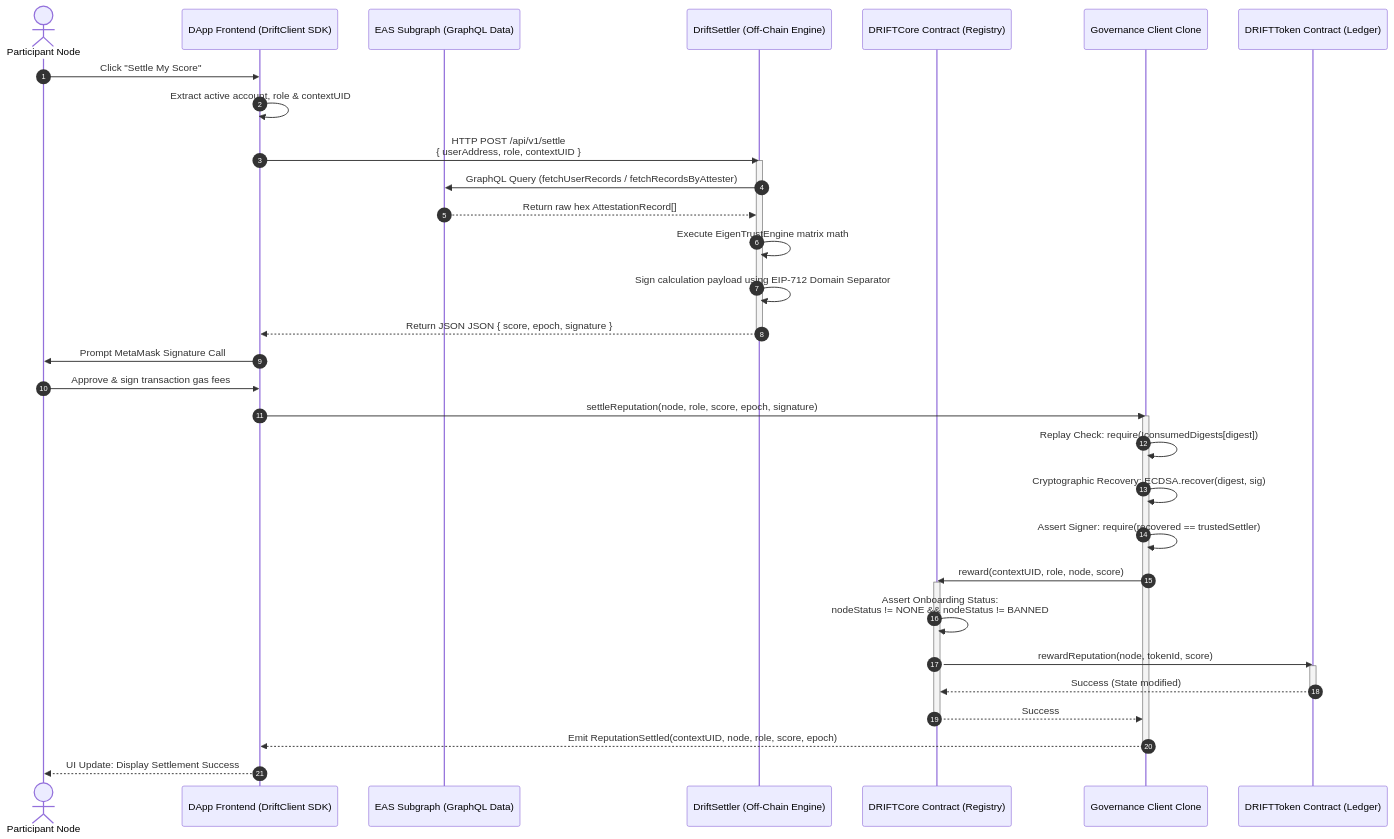
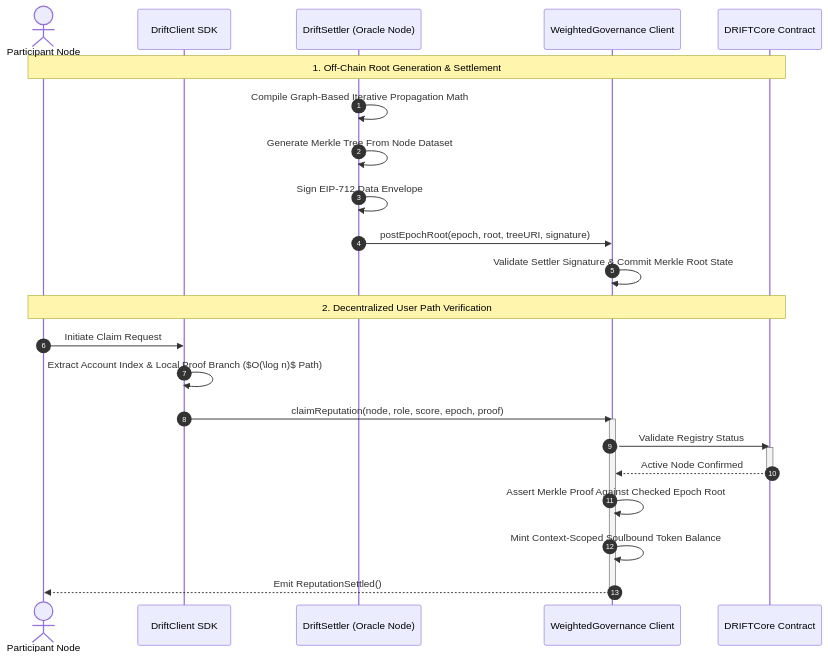
Before and after one commit to Dageus/DRIFT: the diagram in packages/contracts/README.md, drawn with Mermaid. The commit also changed other lines of this file, not shown here.

Commit message:
new contracts README

````diff
--- a/packages/contracts/README.md
+++ b/packages/contracts/README.md
@@ -31,46 +31,32 @@
 ```mermaid
 sequenceDiagram
     autonumber
     actor User as Participant Node
-    participant Front as DApp Frontend (DriftClient SDK)
-    participant EAS as EAS Subgraph (GraphQL Data)
-    participant Settler as DriftSettler (Off-Chain Engine)
-    participant Core as DRIFTCore Contract (Registry)
-    participant Gov as Governance Client Clone
-    participant Token as DRIFTToken Contract (Ledger)
+    participant SDK as DriftClient SDK
+    participant Settler as DriftSettler (Oracle Node)
+    participant Gov as WeightedGovernance Client
+    participant Core as DRIFTCore Contract
 
-    User->>Front: Click "Settle My Score"
-    Front->>Front: Extract active account, role & contextUID
-    Front->>Settler: HTTP POST /api/v1/settle<br/>{ userAddress, role, contextUID }
-    activate Settler
-    Settler->>EAS: GraphQL Query (fetchUserRecords / fetchRecordsByAttester)
-    EAS-->>Settler: Return raw hex AttestationRecord[]
+    Note over User,Core: 1. Off-Chain Root Generation & Settlement
+    Settler->>Settler: Compile Graph-Based Iterative Propagation Math
+    Settler->>Settler: Generate Merkle Tree From Node Dataset
+    Settler->>Settler: Sign EIP-712 Data Envelope
+    Settler->>Gov: postEpochRoot(epoch, root, treeURI, signature)
+    Gov->>Gov: Validate Settler Signature & Commit Merkle Root State
 
-    Settler->>Settler: Execute EigenTrustEngine matrix math
-    Settler->>Settler: Sign calculation payload using EIP-712 Domain Separator
-    Settler-->>Front: Return JSON JSON { score, epoch, signature }
-    deactivate Settler
-
-    Front->>User: Prompt MetaMask Signature Call
-    User->>Front: Approve & sign transaction gas fees
-    Front->>Gov: settleReputation(node, role, score, epoch, signature)
+    Note over User,Core: 2. Decentralized User Path Verification
+    User->>SDK: Initiate Claim Request
+    SDK->>SDK: Extract Account Index & Local Proof Branch ($O(\log n)$ Path)
+    SDK->>Gov: claimReputation(node, role, score, epoch, proof)
     activate Gov
-
-    Gov->>Gov: Replay Check: require(!consumedDigests[digest])
-    Gov->>Gov: Cryptographic Recovery: ECDSA.recover(digest, sig)
-    Gov->>Gov: Assert Signer: require(recovered == trustedSettler)
-
-    Gov->>Core: reward(contextUID, role, node, score)
+    
+    Gov->>Core: Validate Registry Status
     activate Core
-    Core->>Core: Assert Onboarding Status:<br/>nodeStatus != NONE && nodeStatus != BANNED
-    Core->>Token: rewardReputation(node, tokenId, score)
-    activate Token
-    Token-->>Core: Success (State modified)
-    deactivate Token
-    Core-->>Gov: Success
+    Core-->>Gov: Active Node Confirmed
     deactivate Core
-
-    Gov-->>Front: Emit ReputationSettled(contextUID, node, role, score, epoch)
+    
+    Gov->>Gov: Assert Merkle Proof Against Checked Epoch Root
+    Gov->>Gov: Mint Context-Scoped Soulbound Token Balance
+    Gov-->>User: Emit ReputationSettled()
     deactivate Gov
-    Front-->>User: UI Update: Display Settlement Success
 ```
````
